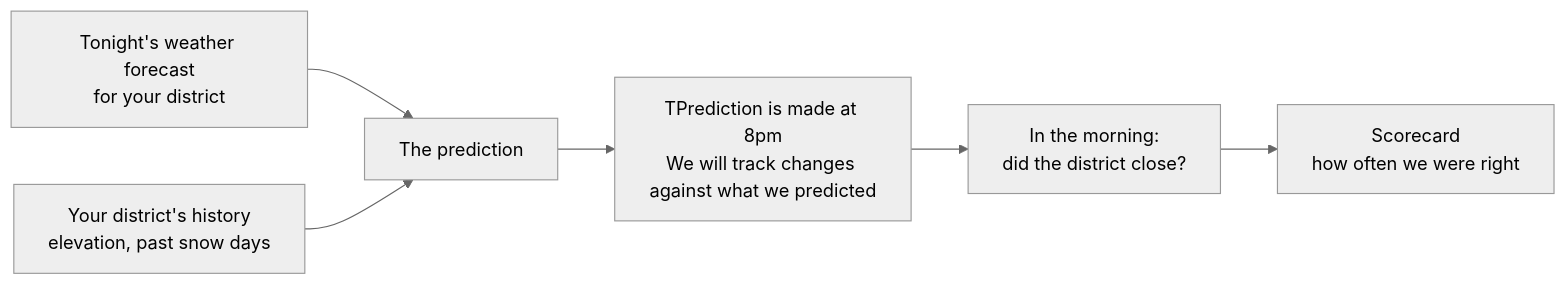
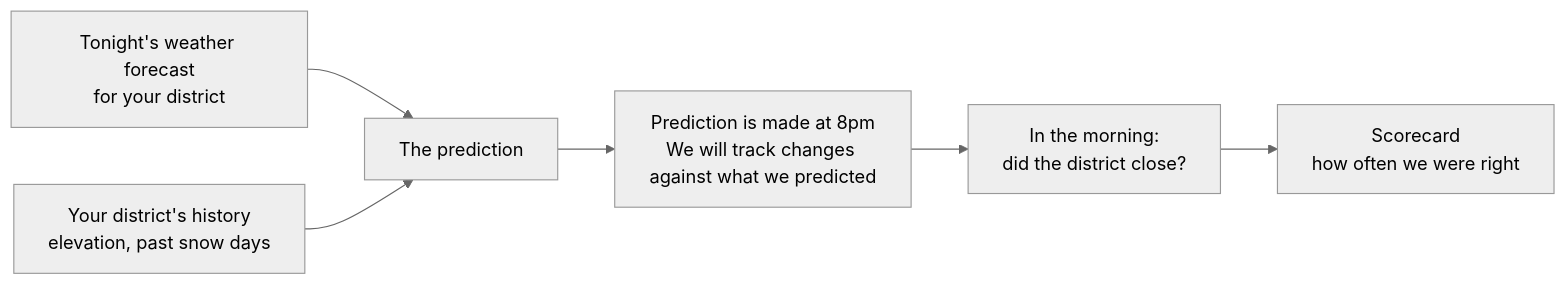
Before and after one commit to bsica-SCRIC/scricsnow: the diagram in README.md, drawn with Mermaid (neutral theme). The commit also changed 1 other file, not shown here.

Commit message:
Spell check

````diff
--- a/README.md
+++ b/README.md
@@ -25,8 +25,8 @@
 ```mermaid
 flowchart LR
     W["Tonight's weather forecast<br/>for your district"] --> P
     H["Your district's history<br/>elevation, past snow days"] --> P
-    P["The prediction"] --> N["TPrediction is made at 8pm<br>We will track changes against what we predicted"]
+    P["The prediction"] --> N["Prediction is made at 8pm<br>We will track changes against what we predicted"]
     N --> M["In the morning:<br/>did the district close?"]
     M --> S["Scorecard<br/>how often we were right"]
 ```
````
